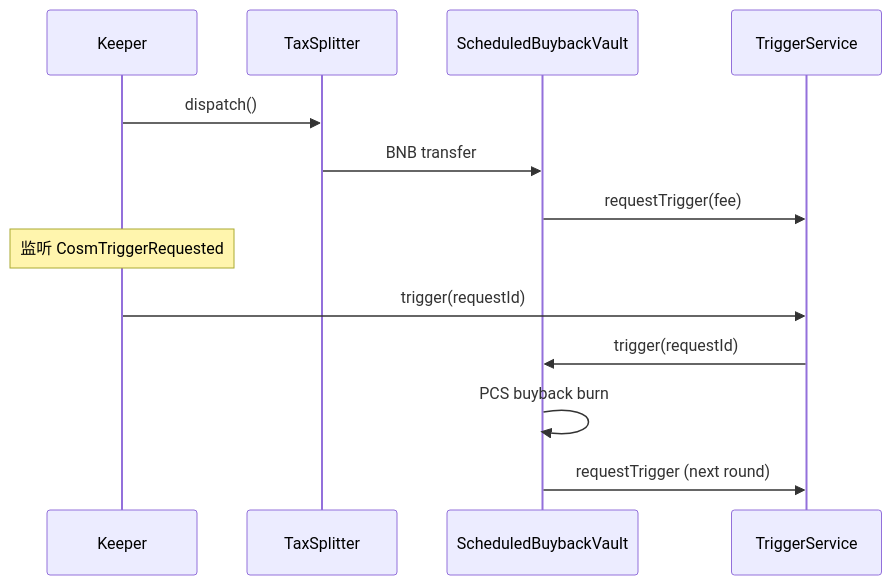
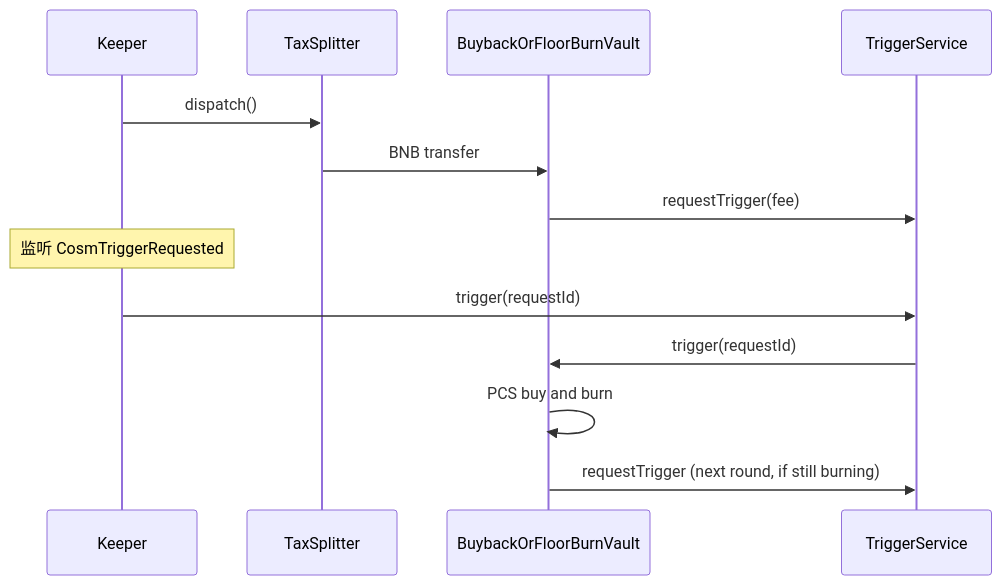
Before and after one commit to ExileHaley/funs: the second of 2 diagrams in cosm/keeper.md, drawn with Mermaid. The commit also changed other lines of this file, not shown here.

````diff
--- a/cosm/keeper.md
+++ b/cosm/keeper.md
@@ -425,16 +434,16 @@
 ```mermaid
 sequenceDiagram
     participant K as Keeper
     participant TS as TaxSplitter
-    participant V as ScheduledBuybackVault
+    participant V as BuybackOrFloorBurnVault
     participant TR as TriggerService
 
     K->>TS: dispatch()
     TS->>V: BNB transfer
     V->>TR: requestTrigger(fee)
     Note over K: 监听 CosmTriggerRequested
     K->>TR: trigger(requestId)
     TR->>V: trigger(requestId)
-    V->>V: PCS buyback burn
-    V->>TR: requestTrigger (next round)
+    V->>V: PCS buy and burn
+    V->>TR: requestTrigger (next round, if still burning)
 ```
````
